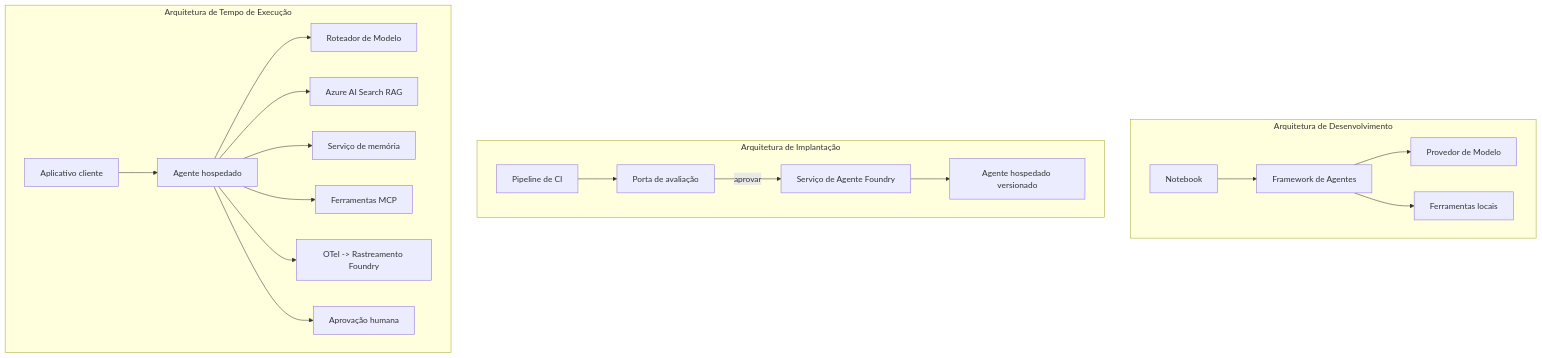
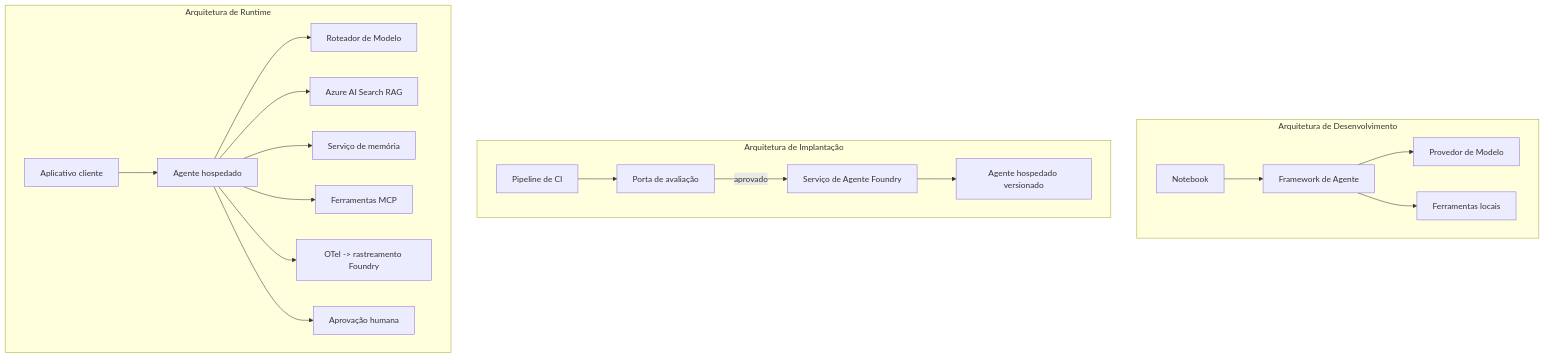
Before and after one commit to gabrielmoreira/agent-skills-mirror: the fourth of 4 diagrams in mirrors/repos/microsoft@ai-agents-for-beginners/translations/pt-BR/16-deploying-scalable-agents/README.md, drawn with Mermaid. The commit also changed other lines of this file and 3581 other files, not shown here.

````diff
--- a/mirrors/repos/microsoft@ai-agents-for-beginners/translations/pt-BR/16-deploying-scalable-agents/README.md
+++ b/mirrors/repos/microsoft@ai-agents-for-beginners/translations/pt-BR/16-deploying-scalable-agents/README.md
@@ -185,22 +186,22 @@
 ```mermaid
 flowchart TB
     subgraph Dev[Arquitetura de Desenvolvimento]
-        D1[Notebook] --> D2[Framework de Agentes]
+        D1[Notebook] --> D2[Framework de Agente]
         D2 --> D3[Provedor de Modelo]
         D2 --> D4[Ferramentas locais]
     end
     subgraph Deploy[Arquitetura de Implantação]
         E1[Pipeline de CI] --> E2[Porta de avaliação]
-        E2 -->|aprovar| E3[Serviço de Agente Foundry]
+        E2 -->|aprovado| E3[Serviço de Agente Foundry]
         E3 --> E4[Agente hospedado versionado]
     end
-    subgraph Run[Arquitetura de Tempo de Execução]
+    subgraph Run[Arquitetura de Runtime]
         F1[Aplicativo cliente] --> F2[Agente hospedado]
         F2 --> F3[Roteador de Modelo]
         F2 --> F4[Azure AI Search RAG]
         F2 --> F5[Serviço de memória]
         F2 --> F6[Ferramentas MCP]
-        F2 --> F7[OTel -> Rastreamento Foundry]
+        F2 --> F7[OTel -> rastreamento Foundry]
         F2 --> F8[Aprovação humana]
     end
 ```
````
